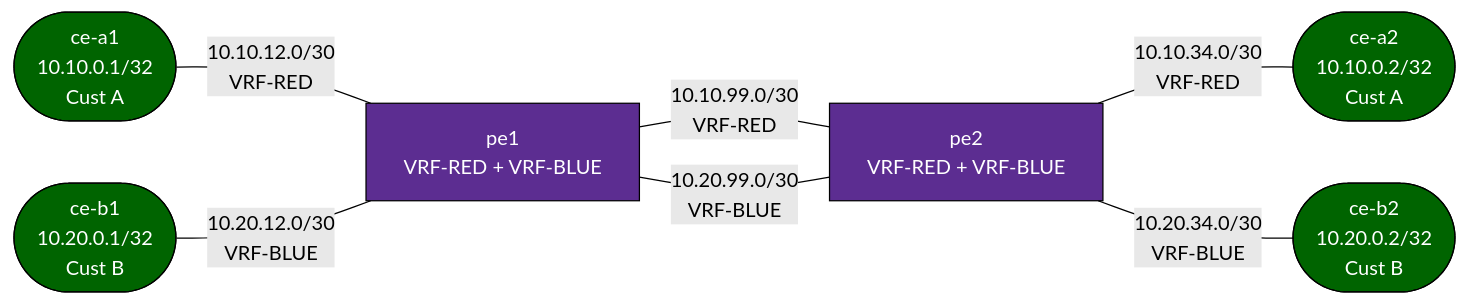
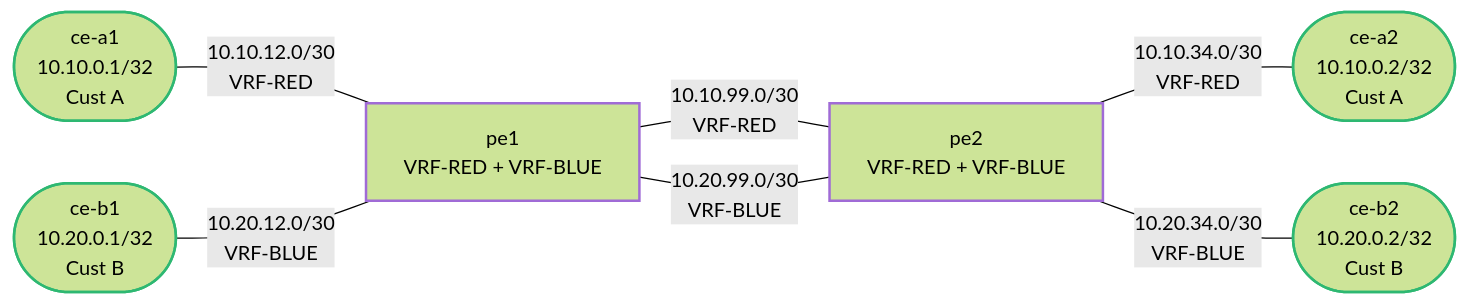
Before and after one commit to jschless/networkingLabs: the diagram in labs/debug-vrf-lite/README.md, drawn with Mermaid (forest theme). The commit also changed 250 other files, not shown here.

Commit message:
Fix unreadable topology diagrams, convert ASCII art, publish assessments (#57)

````diff
--- a/labs/debug-vrf-lite/README.md
+++ b/labs/debug-vrf-lite/README.md
@@ -27,21 +27,21 @@
 ```mermaid
 flowchart LR
-    cea1(["ce-a1\n10.10.0.1/32\nCust A"])
-    ceb1(["ce-b1\n10.20.0.1/32\nCust B"])
-    pe1["pe1\nVRF-RED + VRF-BLUE"]
-    pe2["pe2\nVRF-RED + VRF-BLUE"]
-    cea2(["ce-a2\n10.10.0.2/32\nCust A"])
-    ceb2(["ce-b2\n10.20.0.2/32\nCust B"])
+    cea1(["ce-a1<br/>10.10.0.1/32<br/>Cust A"])
+    ceb1(["ce-b1<br/>10.20.0.1/32<br/>Cust B"])
+    pe1["pe1<br/>VRF-RED + VRF-BLUE"]
+    pe2["pe2<br/>VRF-RED + VRF-BLUE"]
+    cea2(["ce-a2<br/>10.10.0.2/32<br/>Cust A"])
+    ceb2(["ce-b2<br/>10.20.0.2/32<br/>Cust B"])
 
-    cea1 -- "10.10.12.0/30\nVRF-RED" --- pe1
-    ceb1 -- "10.20.12.0/30\nVRF-BLUE" --- pe1
-    pe1 -- "10.10.99.0/30\nVRF-RED" --- pe2
-    pe1 -- "10.20.99.0/30\nVRF-BLUE" --- pe2
-    pe2 -- "10.10.34.0/30\nVRF-RED" --- cea2
-    pe2 -- "10.20.34.0/30\nVRF-BLUE" --- ceb2
+    cea1 -- "10.10.12.0/30<br/>VRF-RED" --- pe1
+    ceb1 -- "10.20.12.0/30<br/>VRF-BLUE" --- pe1
+    pe1 -- "10.10.99.0/30<br/>VRF-RED" --- pe2
+    pe1 -- "10.20.99.0/30<br/>VRF-BLUE" --- pe2
+    pe2 -- "10.10.34.0/30<br/>VRF-RED" --- cea2
+    pe2 -- "10.20.34.0/30<br/>VRF-BLUE" --- ceb2
 
-    classDef pe   fill:#5c2d91,color:#fff,stroke:#000
-    classDef ce   fill:#006400,color:#fff,stroke:#000
+    classDef pe stroke:#a06bd6,stroke-width:2px
+    classDef ce stroke:#2eb872,stroke-width:2px
     class pe1,pe2 pe
     class cea1,cea2,ceb1,ceb2 ce
 ```
````
